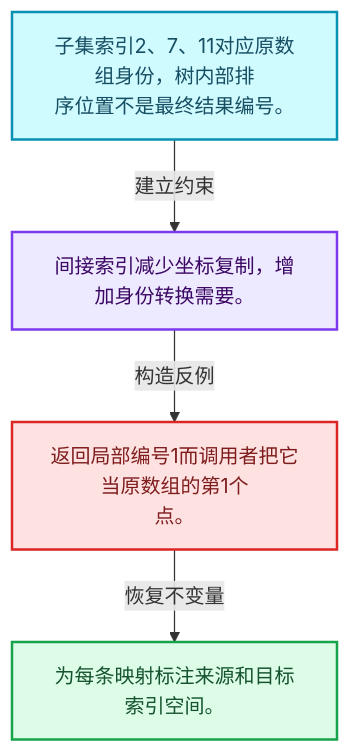
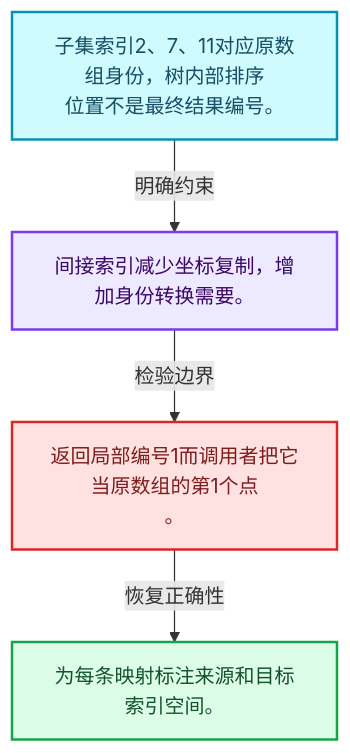
The first of 4 diagrams in 杂/markdown/全面学习-codex/12-空间数据结构与几何算法/06-筛选与子集查询.md (yunkezengren/blender-.vscode), drawn with Mermaid before and after one commit. The commit also changed other lines of this file and 1930 other files, not shown here.

````diff
--- a/杂/markdown/全面学习-codex/12-空间数据结构与几何算法/06-筛选与子集查询.md
+++ b/杂/markdown/全面学习-codex/12-空间数据结构与几何算法/06-筛选与子集查询.md
@@ -29,16 +29,16 @@
 ```mermaid
 flowchart TB
-  M["子集索引2、7、11对应原数组身份，树内部排<br/>序位置不是最终结果编号。"]:::data
-  T["间接索引减少坐标复制，增加身份转换需要。"]:::abstraction
-  X["返回局部编号1而调用者把它当原数组的第1个<br/>点。"]:::error
-  A["为每条映射标注来源和目标索引空间。"]:::result
-  M -->|"建立约束"| T
-  T -->|"构造反例"| X
-  X -->|"恢复不变量"| A
+  M["子集索引2、7、11对应原数组身份，树内部排序<br/>位置不是最终结果编号。"]:::data
+  C["间接索引减少坐标复制，增加身份转换需要。"]:::abstraction
+  B["返回局部编号1而调用者把它当原数组的第1个点<br/>。"]:::error
+  R["为每条映射标注来源和目标索引空间。"]:::result
+  M -->|"明确约束"| C
+  C -->|"检验边界"| B
+  B -->|"恢复正确性"| R
   classDef input fill:#DBEAFE,stroke:#2563EB,color:#172554,stroke-width:2px;
   classDef data fill:#CFFAFE,stroke:#0891B2,color:#164E63,stroke-width:2px;
   classDef abstraction fill:#EDE9FE,stroke:#7C3AED,color:#3B0764,stroke-width:2px;
   classDef compute fill:#FEF3C7,stroke:#D97706,color:#78350F,stroke-width:2px;
   classDef result fill:#DCFCE7,stroke:#16A34A,color:#14532D,stroke-width:2px;
   classDef error fill:#FEE2E2,stroke:#DC2626,color:#7F1D1D,stroke-width:2px;
 ```
````
